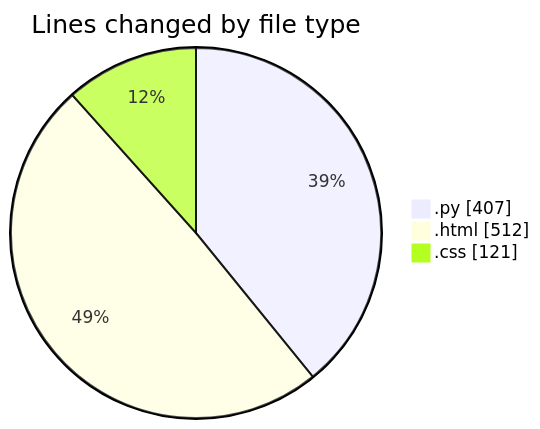
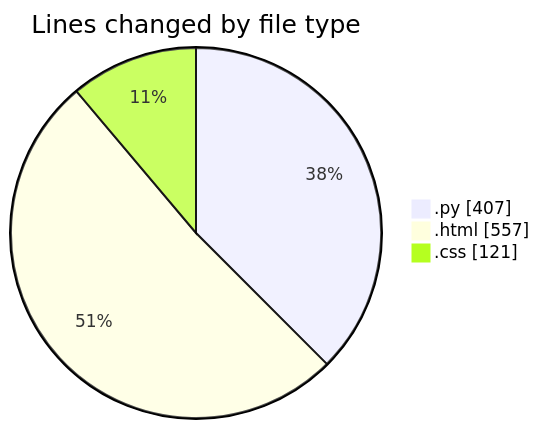
The first of 2 diagrams in 2025-01-31/flask/README.md (Elitesun/code-tracking), drawn with Mermaid before and after one commit. The commit also changed other lines of this file and 1 other file, not shown here.

````diff
--- a/2025-01-31/flask/README.md
+++ b/2025-01-31/flask/README.md
@@ -25,7 +25,7 @@
 ```mermaid
 pie showData
 title Lines changed by file type
 ".py" : 407
-".html" : 512
+".html" : 557
 ".css" : 121
 ```
````
